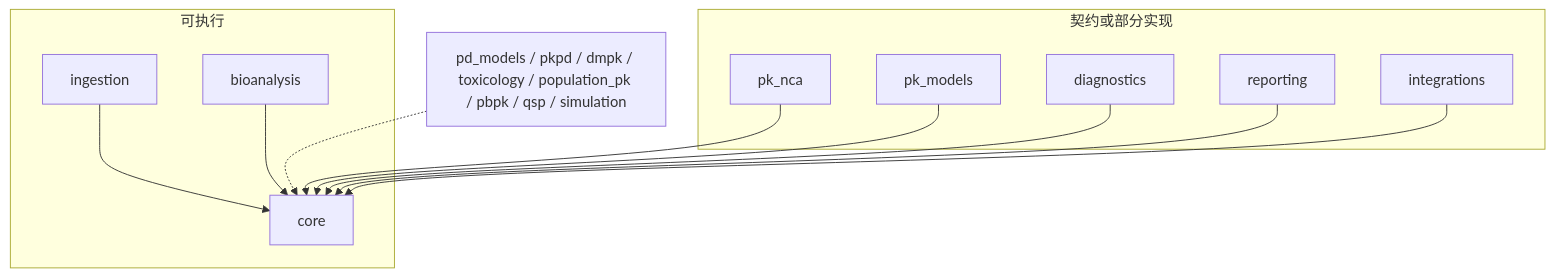
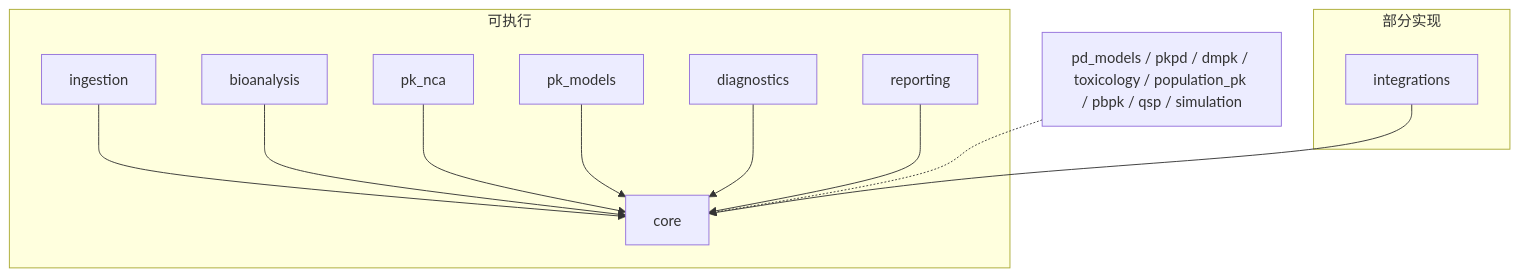
Before and after one commit to JianyunZhang/PharmacoWeave: the diagram in docs/architecture.md, drawn with Mermaid. The commit also changed other lines of this file and 51 other files, not shown here.

````diff
--- a/docs/architecture.md
+++ b/docs/architecture.md
@@ -5,25 +5,25 @@
 ```mermaid
 flowchart TB
     subgraph available [可执行]
         ingestion[ingestion]
         bioanalysis[bioanalysis]
         core[core]
-    end
-    subgraph partial [契约或部分实现]
         nca[pk_nca]
         models[pk_models]
         diagnostics[diagnostics]
         reporting[reporting]
+    end
+    subgraph partial [部分实现]
         integrations[integrations]
     end
     reserved[pd_models / pkpd / dmpk / toxicology / population_pk / pbpk / qsp / simulation]
 
     ingestion --> core
     bioanalysis --> core
     nca --> core
     models --> core
     diagnostics --> core
     reporting --> core
     integrations --> core
     reserved -.-> core
 ```
````
